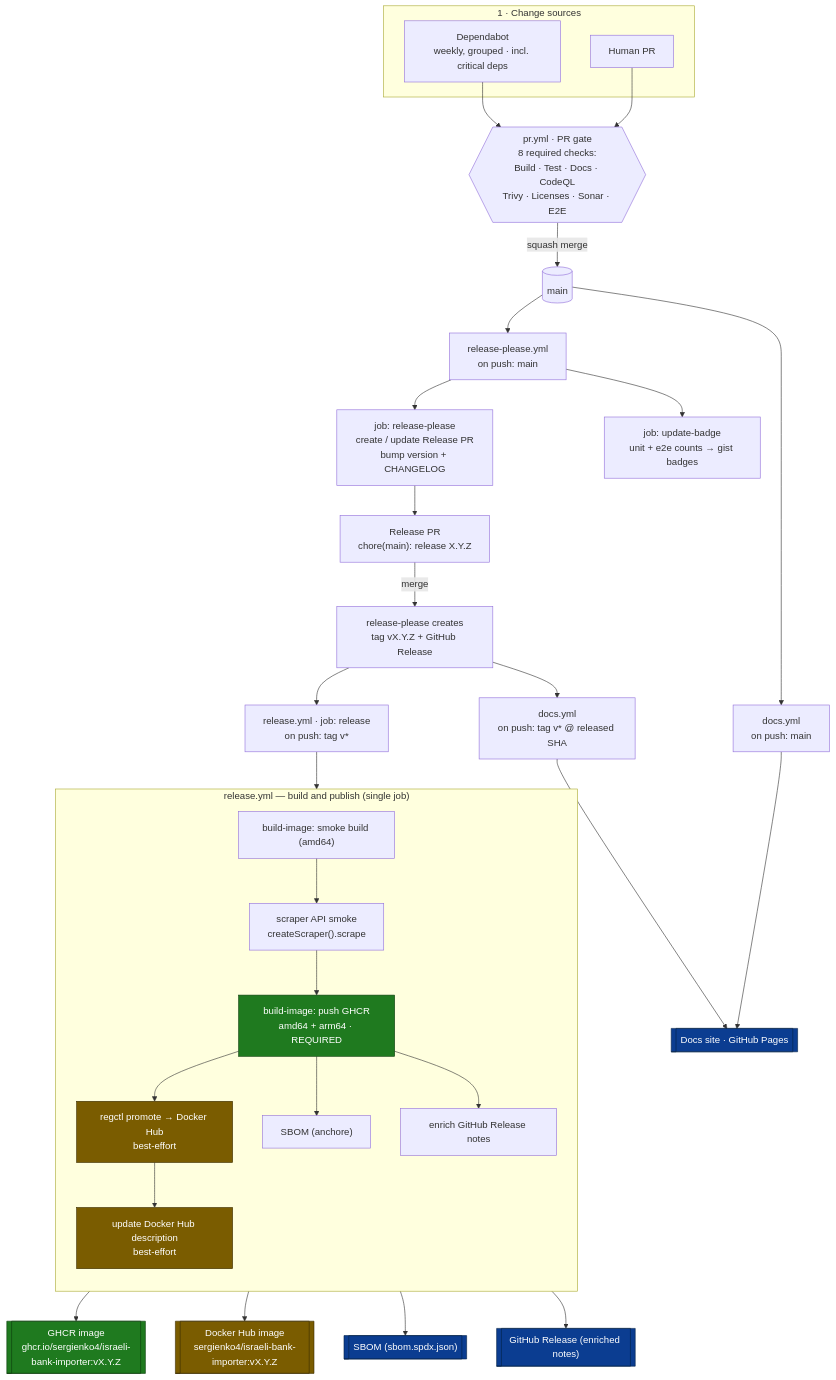
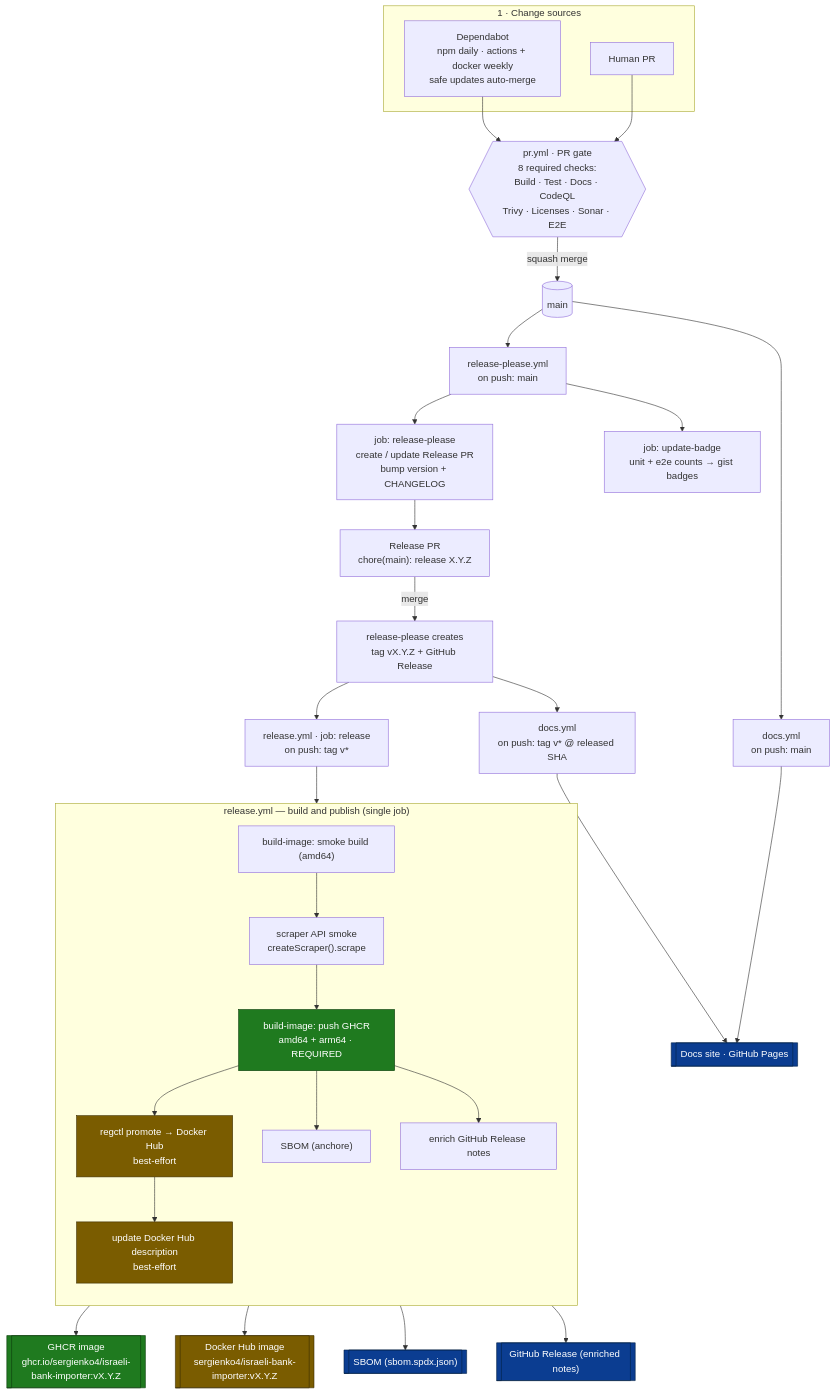
Before and after one commit to sergienko4/israeli-bank-scrapers-to-actual-budget: the first of 2 diagrams in docs/architecture/release-pipeline.md, drawn with Mermaid. The commit also changed other lines of this file and 26 other files, not shown here.

First line of the commit message:
fix(deps): automate dependabot pipeline; patch katex and image npm (#786)

````diff
--- a/docs/architecture/release-pipeline.md
+++ b/docs/architecture/release-pipeline.md
@@ -20,54 +20,54 @@
 ```mermaid
 flowchart TD
     %% ---------- 1 · change sources ----------
     subgraph S1["1 · Change sources"]
-      DB["Dependabot<br/>weekly, grouped · incl. critical deps"]
+      DB["Dependabot<br/>npm daily · actions + docker weekly<br/>safe updates auto-merge"]
       HUM["Human PR"]
     end
 
     %% ---------- 2 · PR gate ----------
     PR{{"pr.yml · PR gate<br/>8 required checks:<br/>Build · Test · Docs · CodeQL<br/>Trivy · Licenses · Sonar · E2E"}}
     DB --> PR
     HUM --> PR
     PR -->|squash merge| MAIN[("main")]
 
     %% ---------- 3 · on push to main ----------
     MAIN --> RP["release-please.yml<br/>on push: main"]
     MAIN --> DOCS1["docs.yml<br/>on push: main"]
     RP --> RPJOB["job: release-please<br/>create / update Release PR<br/>bump version + CHANGELOG"]
     RP --> BADGE["job: update-badge<br/>unit + e2e counts → gist badges"]
 
     %% ---------- 4 · cut the release ----------
     RPJOB --> RELPR["Release PR<br/>chore(main): release X.Y.Z"]
     RELPR -->|merge| TAG["release-please creates<br/>tag vX.Y.Z + GitHub Release"]
 
     %% ---------- 5 · tag-triggered deploy ----------
     TAG --> REL["release.yml · job: release<br/>on push: tag v*"]
     TAG --> DOCS2["docs.yml<br/>on push: tag v* @ released SHA"]
 
     subgraph S5["release.yml — build and publish (single job)"]
       direction TB
       B1["build-image: smoke build (amd64)"] --> B2["scraper API smoke<br/>createScraper().scrape"]
       B2 --> B3["build-image: push GHCR<br/>amd64 + arm64 · REQUIRED"]
       B3 --> B4["regctl promote → Docker Hub<br/>best-effort"]
       B3 --> B5["SBOM (anchore)"]
       B3 --> B6["enrich GitHub Release notes"]
       B4 --> B7["update Docker Hub description<br/>best-effort"]
     end
     REL --> B1
 
     %% ---------- 6 · outputs ----------
     B3 --> O1[["GHCR image<br/>ghcr.io/sergienko4/israeli-bank-importer:vX.Y.Z"]]
     B4 --> O2[["Docker Hub image<br/>sergienko4/israeli-bank-importer:vX.Y.Z"]]
     B5 --> O3[["SBOM (sbom.spdx.json)"]]
     B6 --> O4[["GitHub Release (enriched notes)"]]
     DOCS1 --> O5[["Docs site · GitHub Pages"]]
     DOCS2 --> O5
 
     classDef req fill:#1f7a1f,stroke:#0d3d0d,color:#fff;
     classDef best fill:#7a5c00,stroke:#3d2e00,color:#fff;
     classDef out fill:#0b3d91,stroke:#052247,color:#fff;
     class B3,O1 req;
     class B4,B7,O2 best;
     class O3,O4,O5 out;
 ```
````
